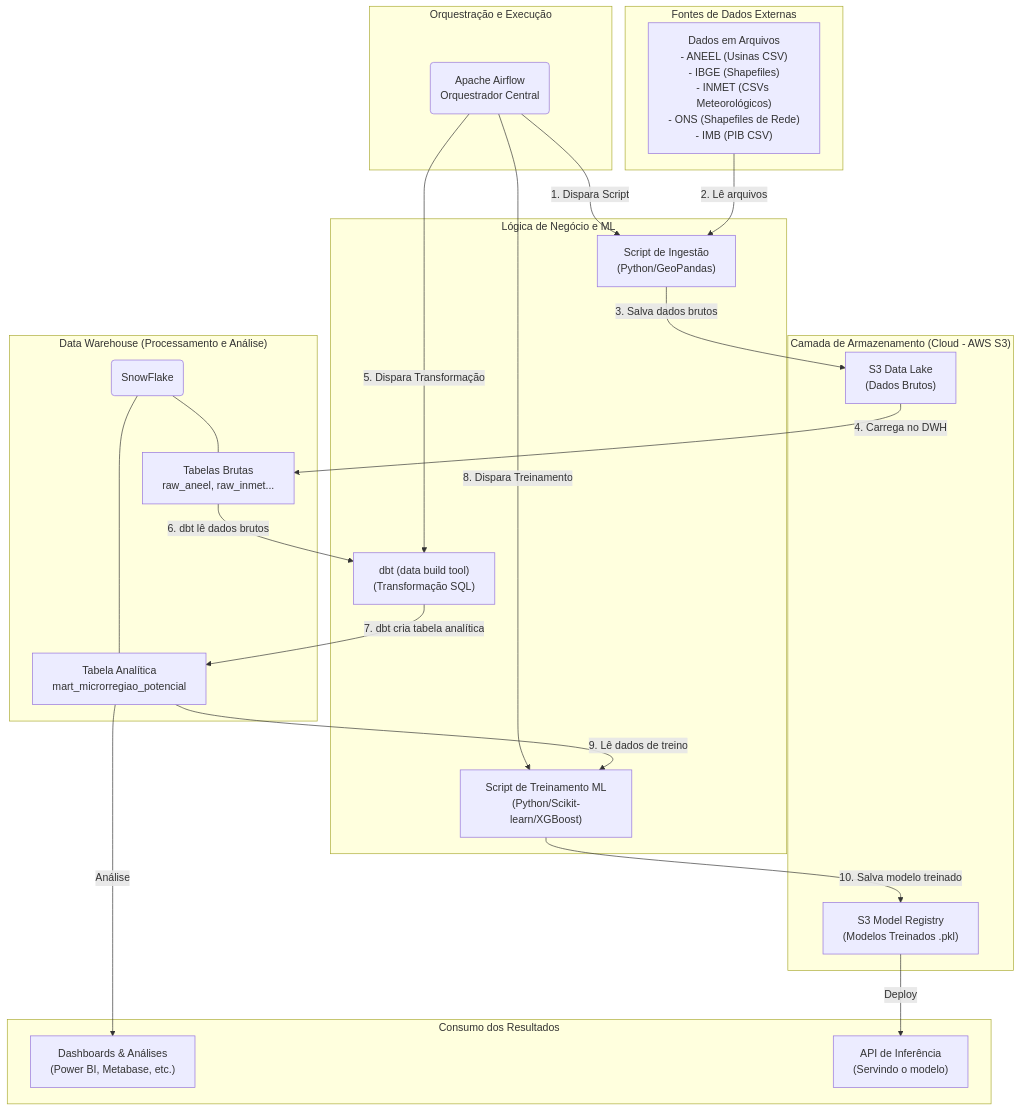
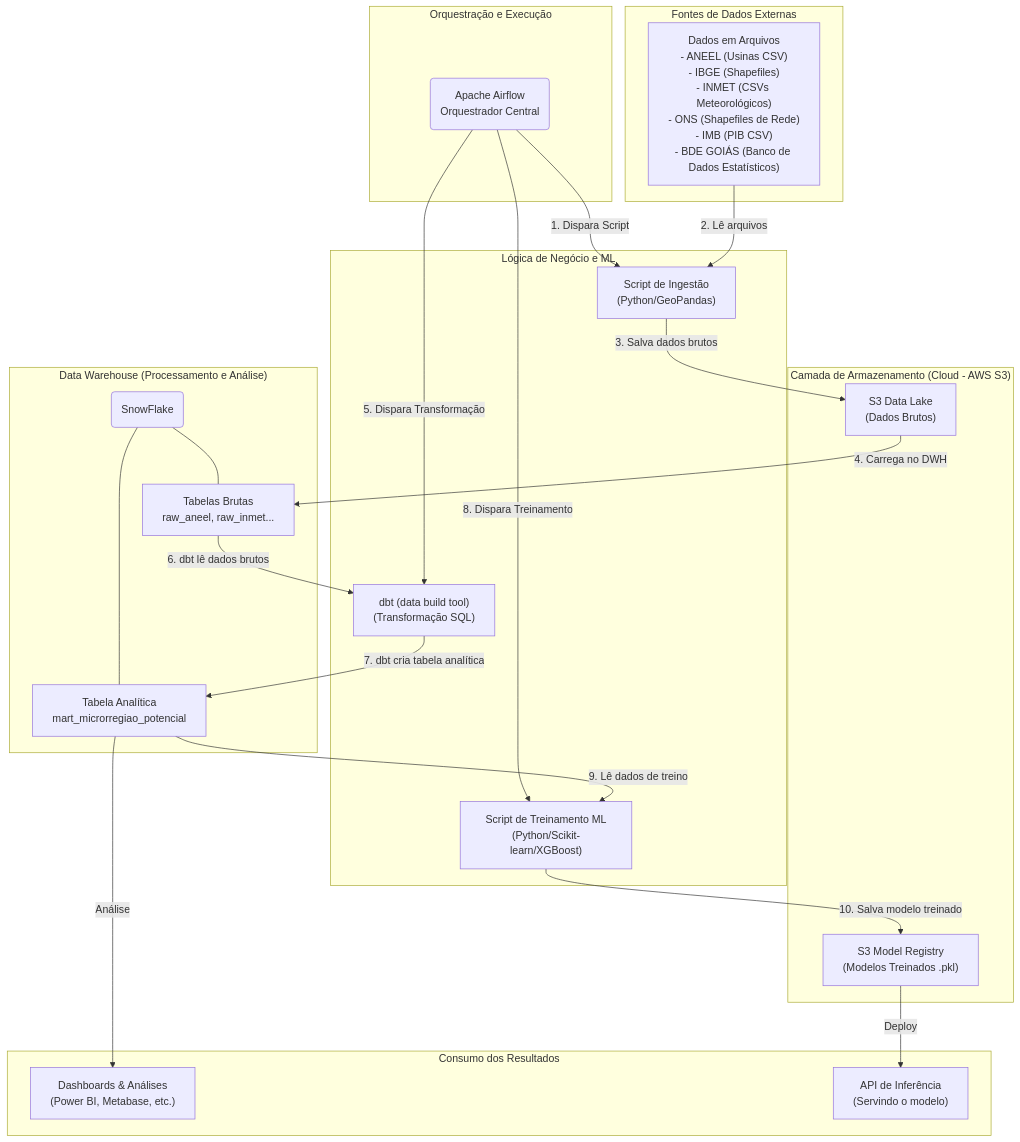
The diagram in README.md (Fabioaugustmp/ml-politicas-energeticas-ifg-2025), drawn with Mermaid before and after one commit.

````diff
--- a/README.md
+++ b/README.md
@@ -8,50 +8,50 @@
 ```mermaid
 graph TD
     subgraph "Fontes de Dados Externas"
-        A["Dados em Arquivos<br/>- ANEEL (Usinas CSV)<br/>- IBGE (Shapefiles)<br/>- INMET (CSVs Meteorológicos)<br/>- ONS (Shapefiles de Rede)<br/>- IMB (PIB CSV)"]
+        A["Dados em Arquivos<br/>- ANEEL (Usinas CSV)<br/>- IBGE (Shapefiles)<br/>- INMET (CSVs Meteorológicos)<br/>- ONS (Shapefiles de Rede)<br/>- IMB (PIB CSV)<br/>- BDE GOIÁS (Banco de Dados Estatísticos)"]
     end
 
     subgraph "Orquestração e Execução"
         B("Apache Airflow<br/>Orquestrador Central")
     end
 
     subgraph "Camada de Armazenamento (Cloud - AWS S3)"
         S3_RAW["S3 Data Lake<br/>(Dados Brutos)"]
         S3_MODELS["S3 Model Registry<br/>(Modelos Treinados .pkl)"]
     end
 
     subgraph "Data Warehouse (Processamento e Análise)"
         CH("SnowFlake")
         CH_RAW["Tabelas Brutas<br/>raw_aneel, raw_inmet..."]
         CH_MART["Tabela Analítica<br/>mart_microrregiao_potencial"]
         CH --- CH_RAW & CH_MART
     end
     
     subgraph "Lógica de Negócio e ML"
         C["Script de Ingestão<br/>(Python/GeoPandas)"]
         D["dbt (data build tool)<br/>(Transformação SQL)"]
         E["Script de Treinamento ML<br/>(Python/Scikit-learn/XGBoost)"]
     end
 
     subgraph "Consumo dos Resultados"
         F["Dashboards & Análises<br/>(Power BI, Metabase, etc.)"]
         G["API de Inferência<br/>(Servindo o modelo)"]
     end
 
     %% FLUXO DO PIPELINE
     B -->|1. Dispara Script| C
     A -->|2. Lê arquivos| C
     C -->|3. Salva dados brutos| S3_RAW
     S3_RAW -->|4. Carrega no DWH| CH_RAW
 
     B -->|5. Dispara Transformação| D
     CH_RAW -->|6. dbt lê dados brutos| D
     D -->|7. dbt cria tabela analítica| CH_MART
 
     B -->|8. Dispara Treinamento| E
     CH_MART -->|9. Lê dados de treino| E
     E -->|10. Salva modelo treinado| S3_MODELS
 
     CH_MART -->|Análise| F
     S3_MODELS -->|Deploy| G
 ```
````
